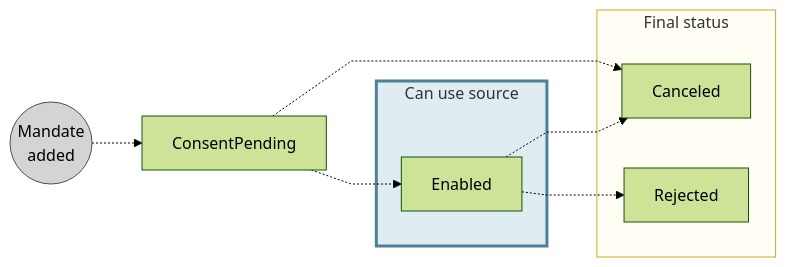
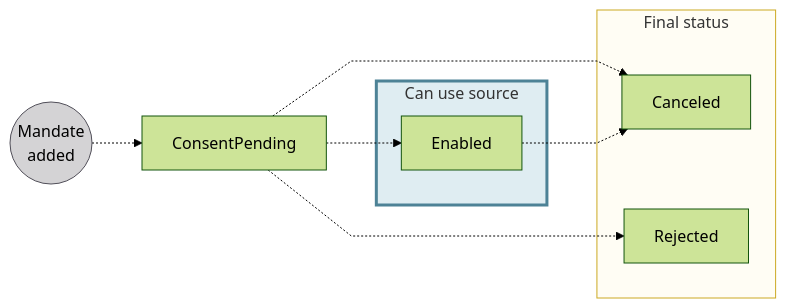
Before and after one commit to swan-io/docs: the third of 3 diagrams in docs/topics/accounts/funding/index.mdx, drawn with Mermaid (forest theme). The commit also changed other lines of this file and 4 other files, not shown here.

````diff
--- a/docs/topics/accounts/funding/index.mdx
+++ b/docs/topics/accounts/funding/index.mdx
@@ -132,19 +136,19 @@
 ```mermaid
 %%{ init: { 'flowchart': { 'curve': 'linear' } } }%%
 flowchart LR
     AMA((Mandate<br/>added)) -.-> CP[ConsentPending]
     CP -.-> E[Enabled]
     CP -.-> C[Canceled]
-    E -.->R[Rejected]
+    CP -.->R[Rejected]
     E -.-> C
     subgraph U[Can use source]
         E
     end
     subgraph F[Final status]
         C
         R
     end
     style AMA fill:#D4D3D5,stroke:#514F59
     style F fill:#fffdf4,stroke:#cca922
     style U fill:#dfedf2,stroke:#4d8296, stroke-width:3px
 ```
````
